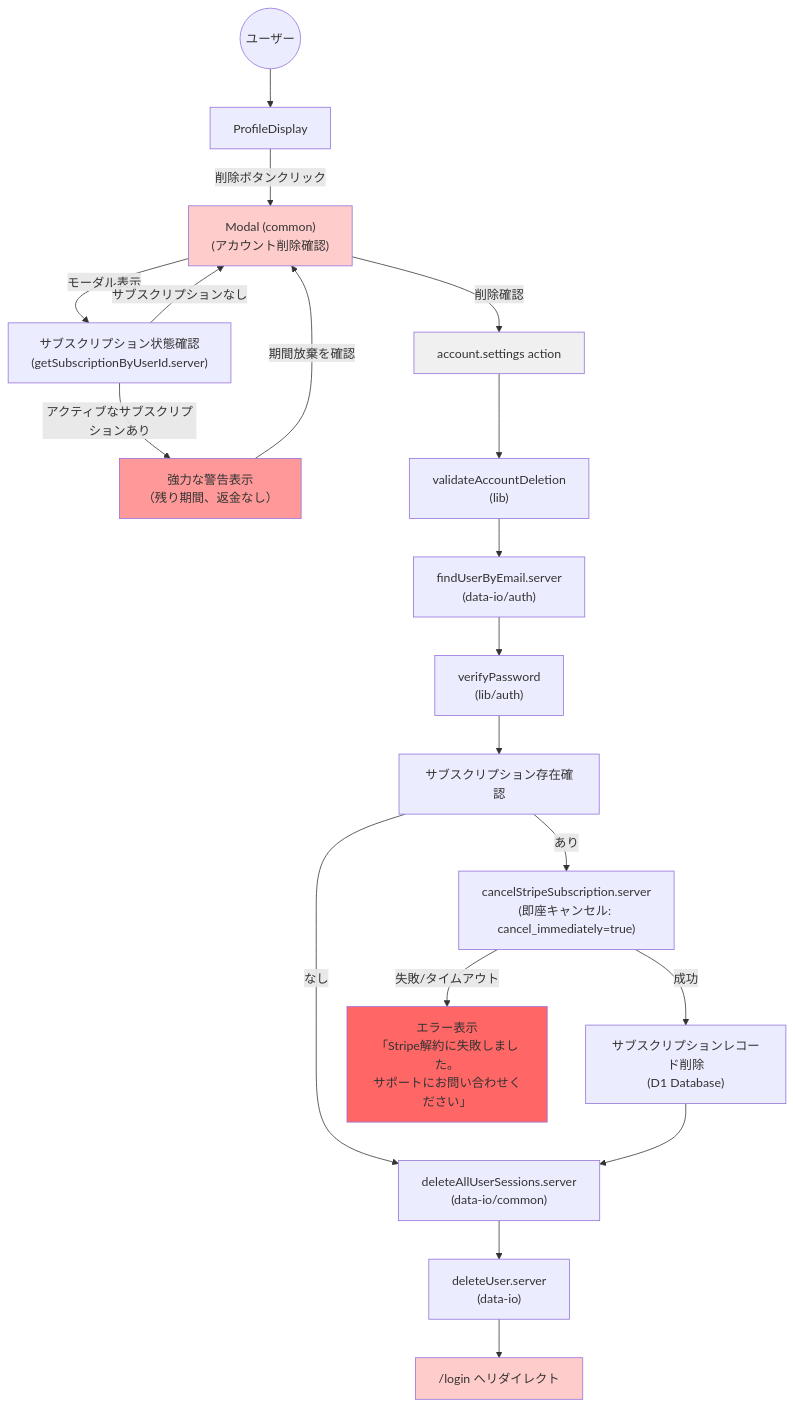
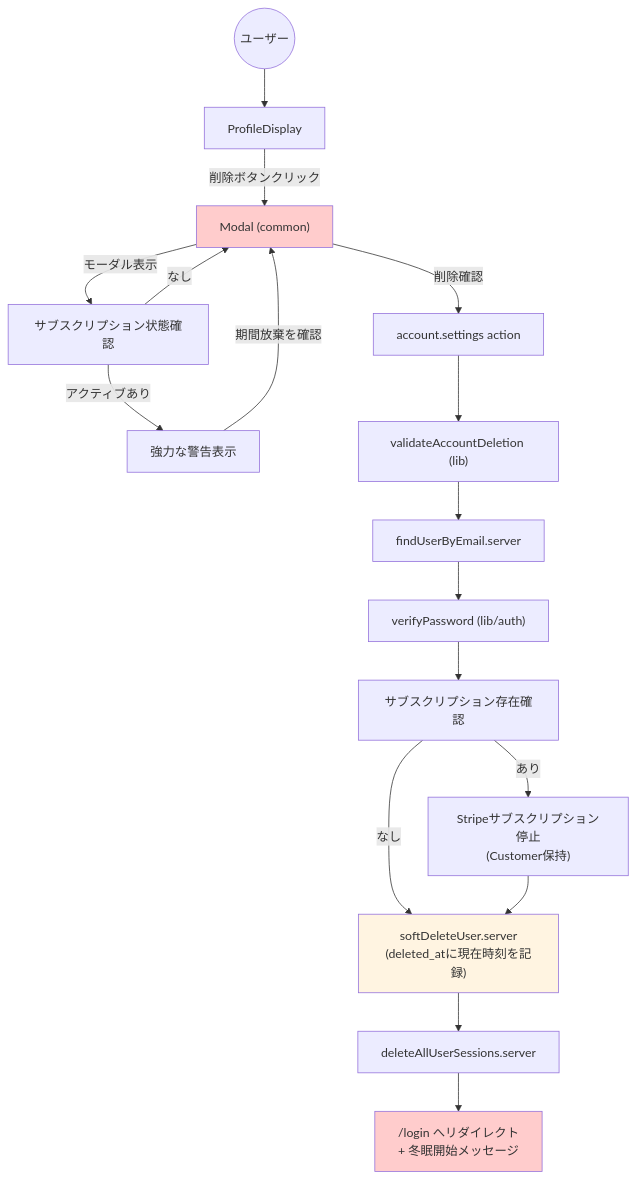
Before and after one commit to tezuka-Akihiro/ClaudeMix: the third of 8 diagrams in develop/account/profile/data-flow-diagram.md, drawn with Mermaid. The commit also changed other lines of this file and 5 other files, not shown here.

First line of the commit message:
docs(account): update design documents for 3-phase account deletion

````diff
--- a/develop/account/profile/data-flow-diagram.md
+++ b/develop/account/profile/data-flow-diagram.md
@@ -56,30 +56,26 @@
 ```mermaid
 graph TD
     User((ユーザー)) --> ProfileDisplay["ProfileDisplay"]
-    ProfileDisplay -- "削除ボタンクリック" --> DeleteModal["Modal (common)<br/>(アカウント削除確認)"]
-    DeleteModal -- "モーダル表示" --> CheckSub["サブスクリプション状態確認<br/>(getSubscriptionByUserId.server)"]
+    ProfileDisplay -- "削除ボタンクリック" --> DeleteModal["Modal (common)"]
+    DeleteModal -- "モーダル表示" --> CheckSub["サブスクリプション状態確認"]
 
-    CheckSub -- "アクティブなサブスクリプションあり" --> ShowWarning["強力な警告表示<br/>（残り期間、返金なし）"]
-    CheckSub -- "サブスクリプションなし" --> DeleteModal
+    CheckSub -- "アクティブあり" --> ShowWarning["強力な警告表示"]
+    CheckSub -- "なし" --> DeleteModal
     ShowWarning -- "期間放棄を確認" --> DeleteModal
 
     DeleteModal -- "削除確認" --> Action["account.settings action"]
 
-    Action --> Validate["validateAccountDeletion<br/>(lib)"]
-    Validate --> FindUser["findUserByEmail.server<br/>(data-io/auth)"]
-    FindUser --> VerifyPwd["verifyPassword<br/>(lib/auth)"]
+    Action --> Validate["validateAccountDeletion (lib)"]
+    Validate --> FindUser["findUserByEmail.server"]
+    FindUser --> VerifyPwd["verifyPassword (lib/auth)"]
     VerifyPwd --> CheckSubAgain["サブスクリプション存在確認"]
-    CheckSubAgain -- "あり" --> CancelStripe["cancelStripeSubscription.server<br/>(即座キャンセル: cancel_immediately=true)"]
-    CancelStripe -- "成功" --> DeleteSubRecord["サブスクリプションレコード削除<br/>(D1 Database)"]
-    CancelStripe -- "失敗/タイムアウト" --> ErrorStripe["エラー表示<br/>「Stripe解約に失敗しました。<br/>サポートにお問い合わせください」"]
-    CheckSubAgain -- "なし" --> DeleteSessions["deleteAllUserSessions.server<br/>(data-io/common)"]
-    DeleteSubRecord --> DeleteSessions
-    DeleteSessions --> DeleteUser["deleteUser.server<br/>(data-io)"]
-    DeleteUser --> Redirect["/login へリダイレクト"]
+    CheckSubAgain -- "あり" --> StopStripe["Stripeサブスクリプション停止<br/>(Customer保持)"]
+    CheckSubAgain -- "なし" --> SoftDelete
+    StopStripe --> SoftDelete["softDeleteUser.server<br/>(deleted_atに現在時刻を記録)"]
+    SoftDelete --> DeleteSessions["deleteAllUserSessions.server"]
+    DeleteSessions --> Redirect["/login へリダイレクト<br/>+ 冬眠開始メッセージ"]
 
     style DeleteModal fill:#ffcccc
-    style ShowWarning fill:#ff9999
-    style Action fill:#f0f0f0
+    style SoftDelete fill:#fff4e1
     style Redirect fill:#ffcccc
-    style ErrorStripe fill:#ff6666
 ```
````
